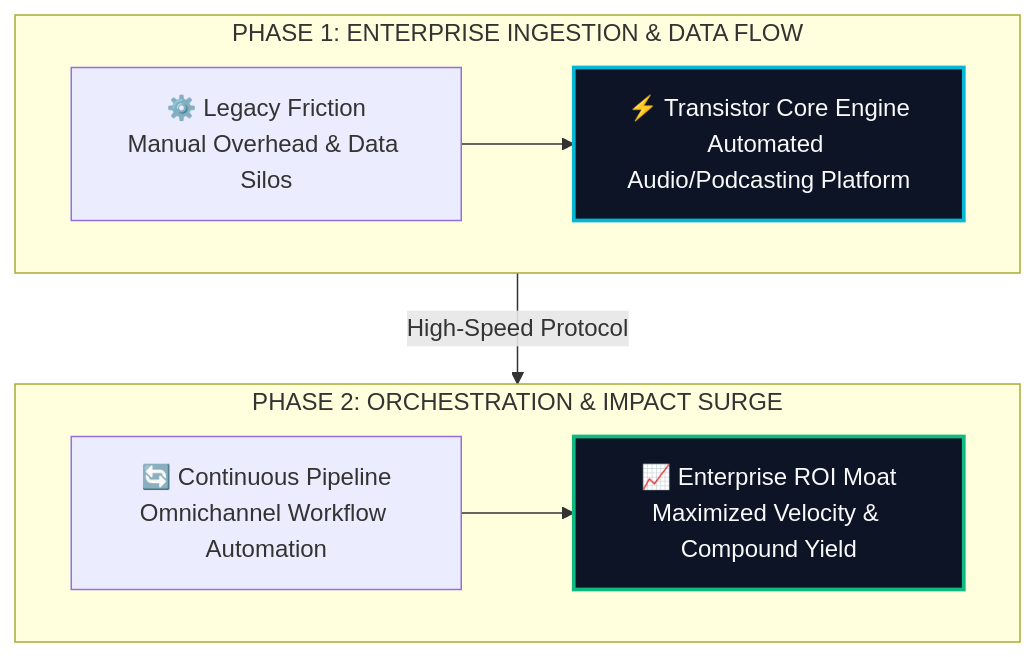
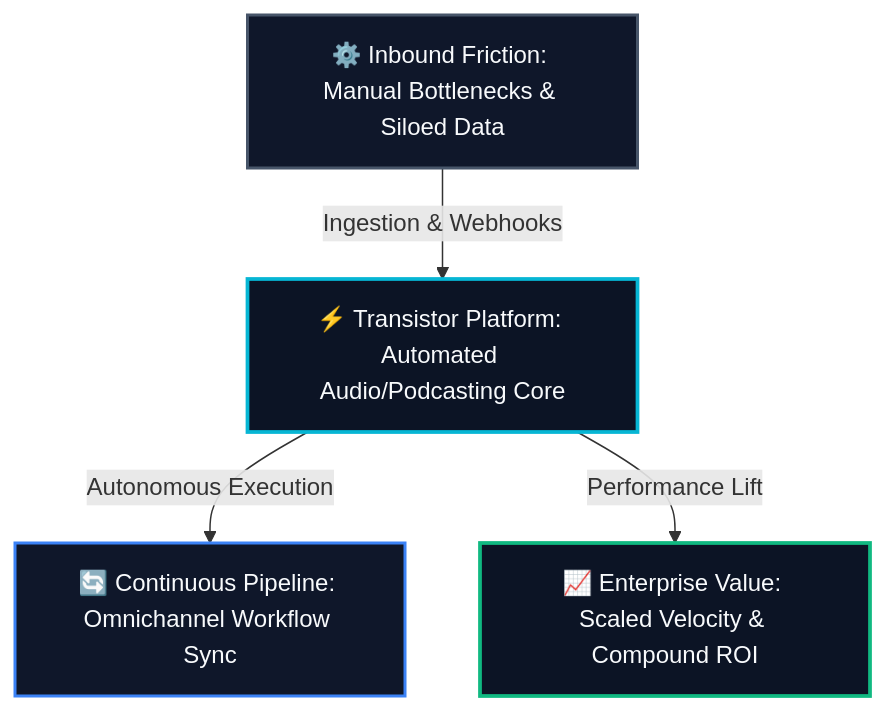
The diagram in site/src/content/blog/transistor-evolution-guide-2026.md (heliatech-media/saas-radar), drawn with Mermaid before and after one commit. The commit also changed 93 other files, not shown here.

First line of the commit message:
fix(diagrams): resolve dagre-d3 subgraph collision by migrating to balanced 3-tier Hub & Spoke architecture

````diff
--- a/site/src/content/blog/transistor-evolution-guide-2026.md
+++ b/site/src/content/blog/transistor-evolution-guide-2026.md
@@ -55,14 +55,14 @@
 ```mermaid
 flowchart TD
-    subgraph S1["PHASE 1: ENTERPRISE INGESTION & DATA FLOW"]
-        direction LR
-        A["⚙️ Legacy Friction<br/>Manual Overhead & Data Silos"] --> B["⚡ Transistor Core Engine<br/>Automated Audio/Podcasting Platform"]
-    end
-    subgraph S2["PHASE 2: ORCHESTRATION & IMPACT SURGE"]
-        direction LR
-        C["🔄 Continuous Pipeline<br/>Omnichannel Workflow Automation"] --> D["📈 Enterprise ROI Moat<br/>Maximized Velocity & Compound Yield"]
-    end
-    S1 -->|High-Speed Protocol| S2
-    style B fill:#0c1425,stroke:#06b6d4,stroke-width:2.5px,color:#f8fafc
-    style D fill:#0c1425,stroke:#10b981,stroke-width:2.5px,color:#f8fafc
+    Inp["⚙️ Inbound Friction: Manual Bottlenecks & Siloed Data"]
+    Eng["⚡ Transistor Platform: Automated Audio/Podcasting Core"]
+    Out1["🔄 Continuous Pipeline: Omnichannel Workflow Sync"]
+    Out2["📈 Enterprise Value: Scaled Velocity & Compound ROI"]
+    Inp -->|Ingestion & Webhooks| Eng
+    Eng -->|Autonomous Execution| Out1
+    Eng -->|Performance Lift| Out2
+    style Inp fill:#0f172a,stroke:#475569,stroke-width:2px,color:#f8fafc
+    style Eng fill:#0c1425,stroke:#06b6d4,stroke-width:2.5px,color:#f8fafc
+    style Out1 fill:#0f172a,stroke:#3b82f6,stroke-width:2px,color:#f8fafc
+    style Out2 fill:#0c1425,stroke:#10b981,stroke-width:2.5px,color:#f8fafc
 ```
````
